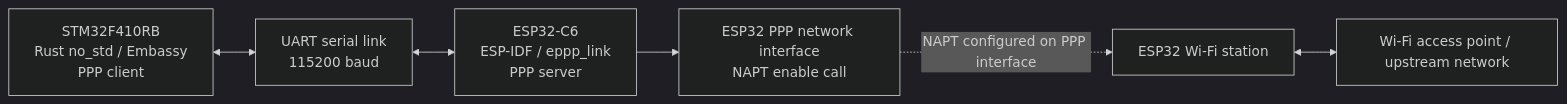
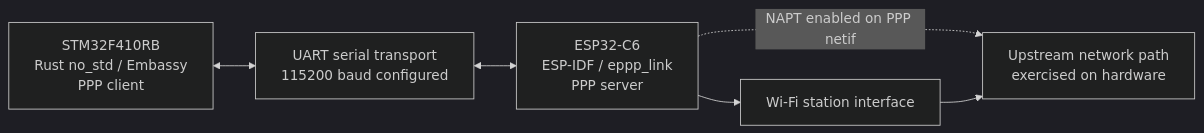
One commit to khalidmk27/ESP32C6-STM32F410RB-PPP-BRIDGE changed the diagram in README.md. Above: the diagram before and after it, drawn with Mermaid (dark theme).

````diff
--- a/README.md
+++ b/README.md
@@ -32,15 +32,14 @@
 ```mermaid
 flowchart LR
     STM[STM32F410RB<br/>Rust no_std / Embassy<br/>PPP client]
-    UART[UART serial link<br/>115200 baud]
+    UART[UART serial transport<br/>115200 baud configured]
     ESP[ESP32-C6<br/>ESP-IDF / eppp_link<br/>PPP server]
-    PIF[ESP32 PPP network interface<br/>NAPT enable call]
-    WIFI[ESP32 Wi-Fi station]
-    AP[Wi-Fi access point / upstream network]
+    WIFI[Wi-Fi station interface]
+    NET[Upstream network path<br/>exercised on hardware]
 
     STM <--> UART
     UART <--> ESP
-    ESP --> PIF
-    PIF -. NAPT configured on PPP interface .-> WIFI
-    WIFI <--> AP
+    ESP --> WIFI
+    ESP -. "NAPT enabled on PPP netif" .-> NET
+    WIFI --> NET
 ```
````
